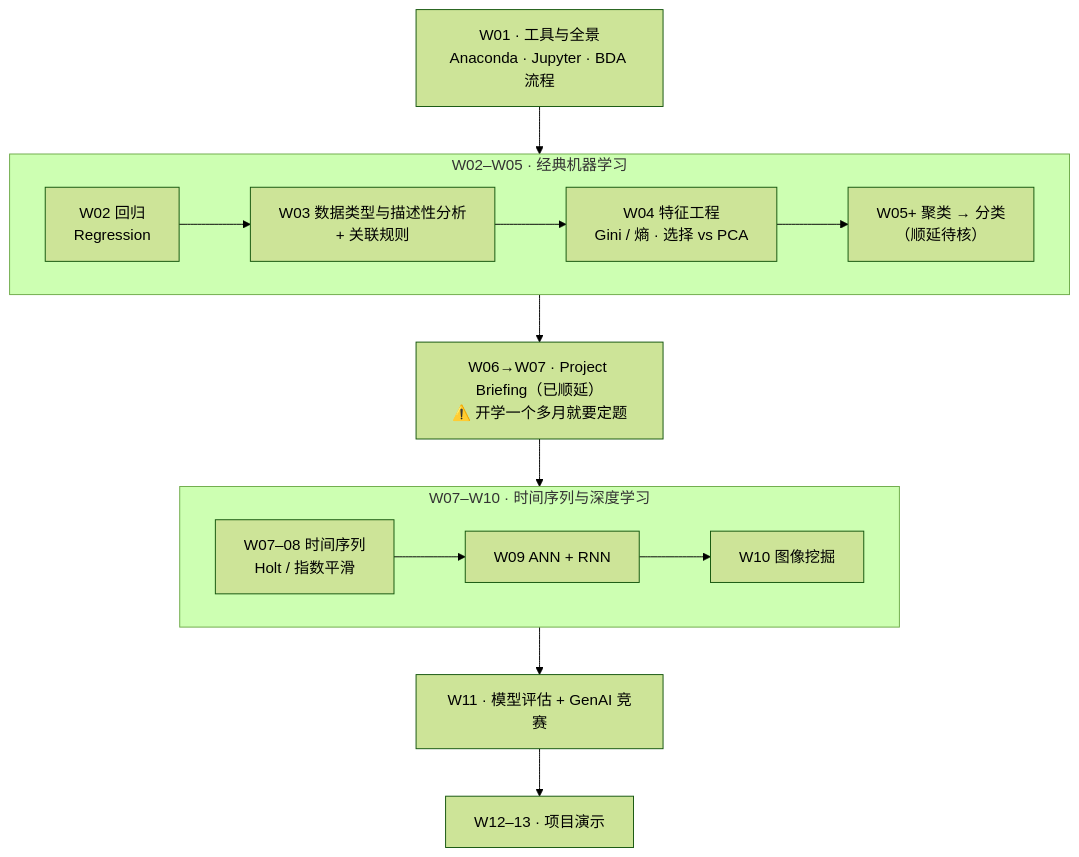
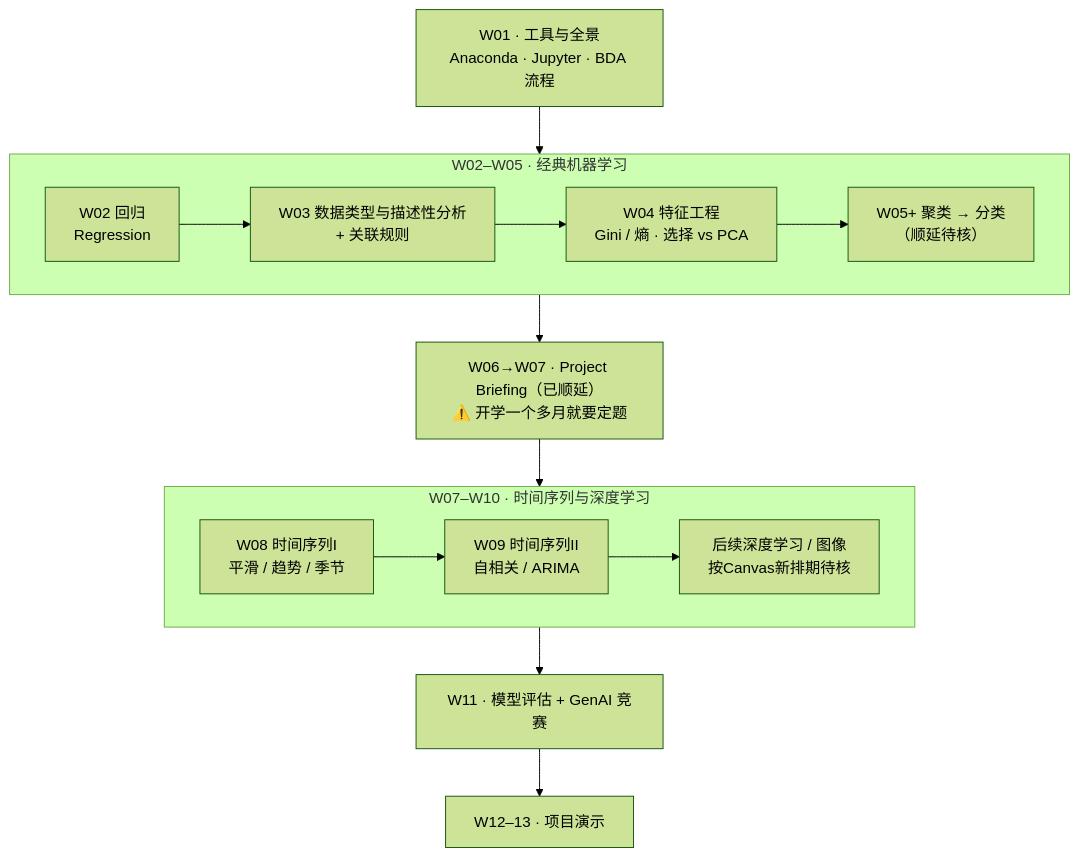
Before and after one commit to CercaTrovato/cityu-ai-course-notes: the second of 3 diagrams in IS6400_Business_Data_Analytics/00-课程总览.md, drawn with Mermaid (forest theme). The commit also changed other lines of this file and 457 other files, not shown here.

````diff
--- a/IS6400_Business_Data_Analytics/00-课程总览.md
+++ b/IS6400_Business_Data_Analytics/00-课程总览.md
@@ -96,16 +96,16 @@
 ```mermaid
 flowchart TD
     W1["W01 · 工具与全景<br/>Anaconda · Jupyter · BDA 流程"] --> A
     subgraph A["W02–W05 · 经典机器学习"]
         direction LR
         A1["W02 回归<br/>Regression"] --> A2["W03 数据类型与描述性分析<br/>+ 关联规则"] --> A3["W04 特征工程<br/>Gini / 熵 · 选择 vs PCA"] --> A4["W05+ 聚类 → 分类<br/>（顺延待核）"]
     end
     A --> W6["W06→W07 · Project Briefing（已顺延）<br/>⚠️ 开学一个多月就要定题"]
     W6 --> B
     subgraph B["W07–W10 · 时间序列与深度学习"]
         direction LR
-        B1["W07–08 时间序列<br/>Holt / 指数平滑"] --> B2["W09 ANN + RNN"] --> B3["W10 图像挖掘"]
+        B1["W08 时间序列I<br/>平滑 / 趋势 / 季节"] --> B2["W09 时间序列II<br/>自相关 / ARIMA"] --> B3["后续深度学习 / 图像<br/>按Canvas新排期待核"]
     end
     B --> W11["W11 · 模型评估 + GenAI 竞赛"]
     W11 --> W12["W12–13 · 项目演示"]
 ```
````
